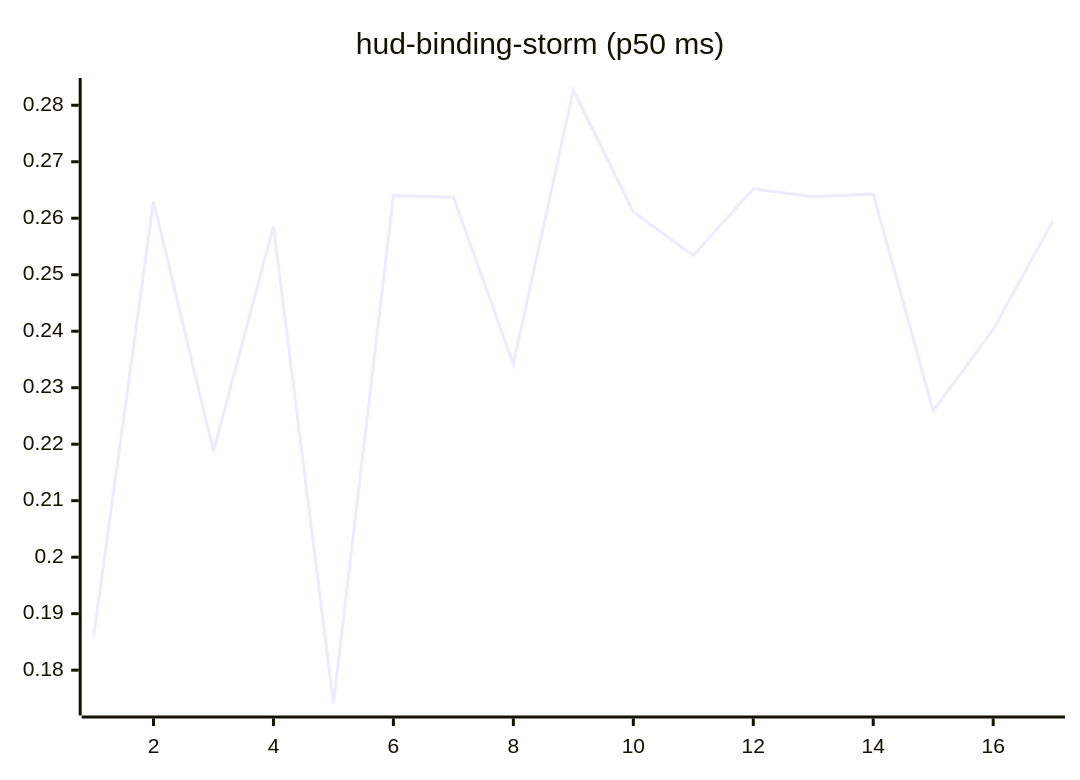
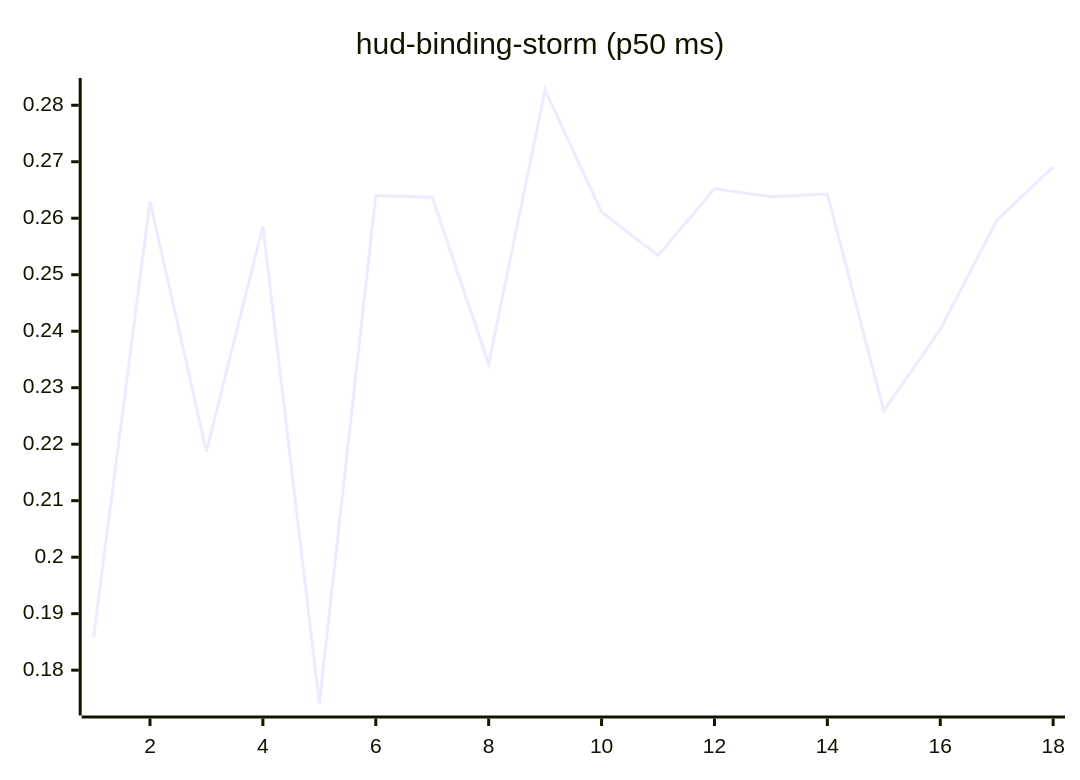
Before and after one commit to josha/Facet: the tenth of 27 diagrams in README.md, drawn with Mermaid. The commit also changed other lines of this file and 2 other files, not shown here.

````diff
--- a/README.md
+++ b/README.md
@@ -126,6 +126,6 @@
 ```mermaid
 xychart-beta
     title "hud-binding-storm (p50 ms)"
-    x-axis 1 --> 17
-    line [0.1858, 0.2630, 0.2187, 0.2586, 0.1741, 0.2640, 0.2637, 0.2342, 0.2827, 0.2611, 0.2534, 0.2652, 0.2638, 0.2643, 0.2259, 0.2403, 0.2596]
+    x-axis 1 --> 18
+    line [0.1858, 0.2630, 0.2187, 0.2586, 0.1741, 0.2640, 0.2637, 0.2342, 0.2827, 0.2611, 0.2534, 0.2652, 0.2638, 0.2643, 0.2259, 0.2403, 0.2596, 0.2691]
 ```
````
